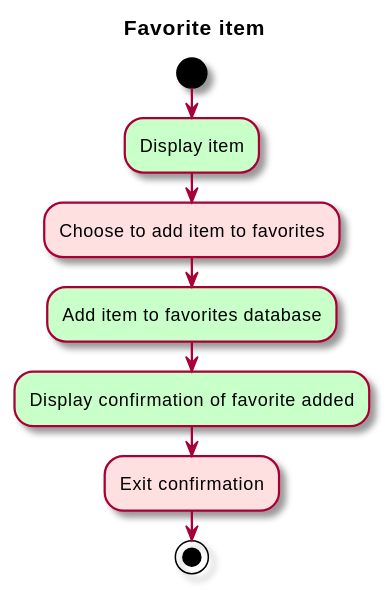
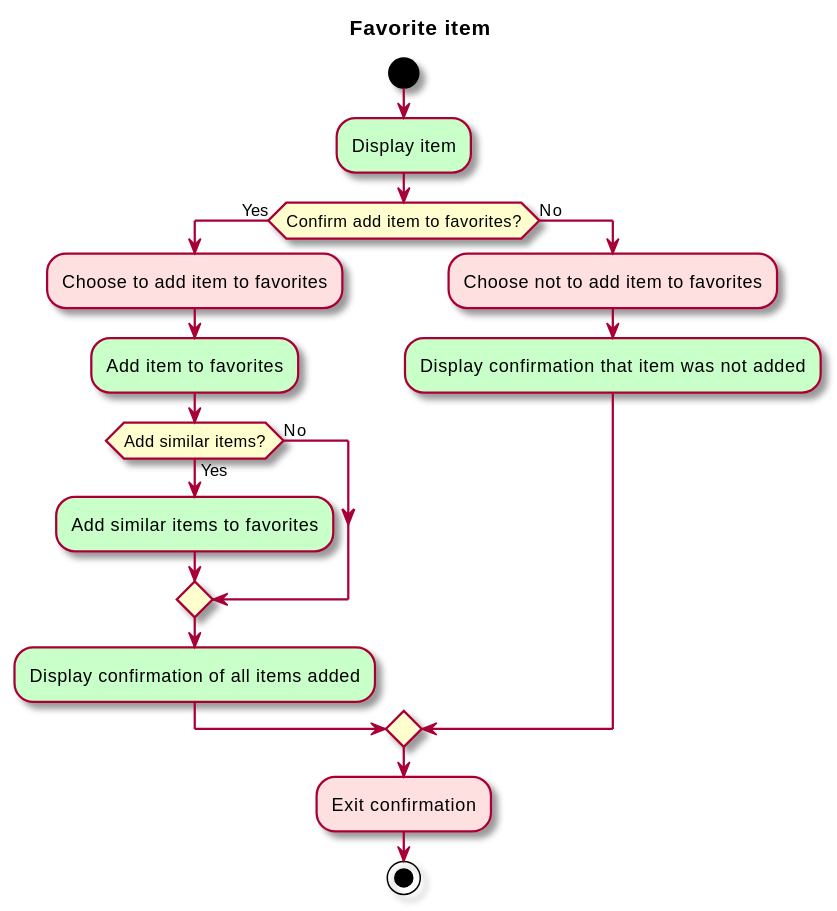
One commit to sashap100/Vassar-Dining-App changed the diagram in intellij/doc/use-cases/favorite-item.md. Above: the diagram before and after it, drawn with PlantUML. The commit also changed other lines of this file and 2 other files, not shown here.

Commit message:
Added detail to Browse menu, Favorite item, and Review item use cases.

````diff
--- a/intellij/doc/use-cases/favorite-item.md
+++ b/intellij/doc/use-cases/favorite-item.md
@@ -22,15 +20,24 @@
 ```plantuml
 @startuml
 
 skin rose
 title Favorite item
 
 start
 #technology:Display item;
+if (Confirm add item to favorites?) then (Yes)
 #implementation:Choose to add item to favorites;
-#technology:Add item to favorites database;
-#technology:Display confirmation of favorite added;
+#technology:Add item to favorites;
+if (Add similar items?) then (Yes)
+#technology:Add similar items to favorites;
+else (No)
+endif
+#technology:Display confirmation of all items added;
+else (No)
+#implementation:Choose not to add item to favorites;
+#technology:Display confirmation that item was not added;
+endif
 #implementation:Exit confirmation;
 stop
 @enduml
 ```
````
